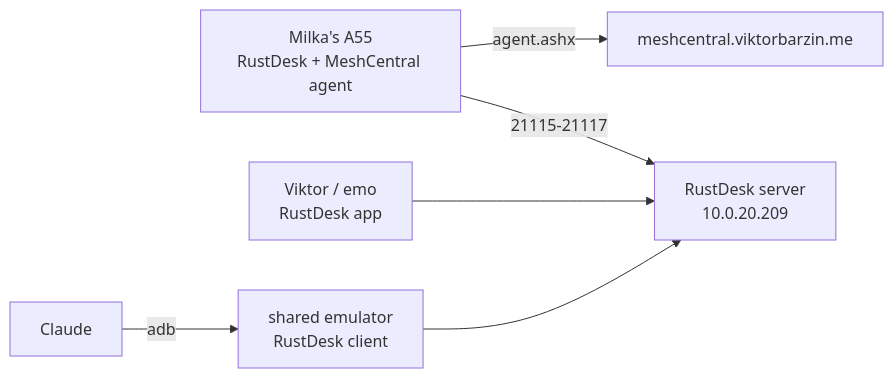
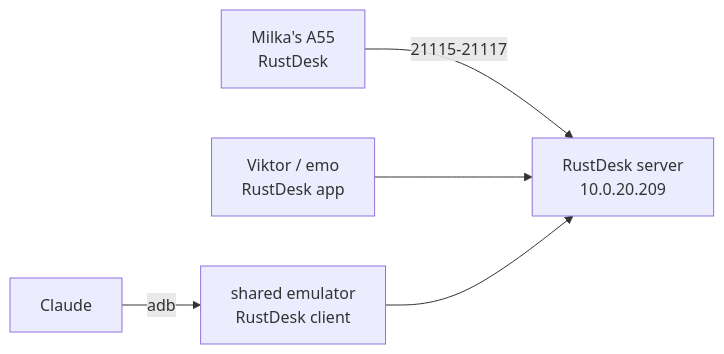
One commit to ViktorBarzin/infra changed the diagram in docs/plans/2026-10-09-milka-remote-phone-help-design.md. Above: the diagram before and after it, drawn with Mermaid. The commit also changed other lines of this file, not shown here.

First line of the commit message:
docs: Milka phone help uses RustDesk only, with emulator test results

````diff
--- a/docs/plans/2026-10-09-milka-remote-phone-help-design.md
+++ b/docs/plans/2026-10-09-milka-remote-phone-help-design.md
@@ -32,7 +32,6 @@
 ```mermaid
 flowchart LR
-  M[Milka's A55<br/>RustDesk + MeshCentral agent] -->|21115-21117| S[RustDesk server<br/>10.0.20.209]
+  M[Milka's A55<br/>RustDesk] -->|21115-21117| S[RustDesk server<br/>10.0.20.209]
   V[Viktor / emo<br/>RustDesk app] --> S
   C[Claude] -->|adb| E[shared emulator<br/>RustDesk client] --> S
-  M -->|agent.ashx| MC[meshcentral.viktorbarzin.me]
 ```
````
